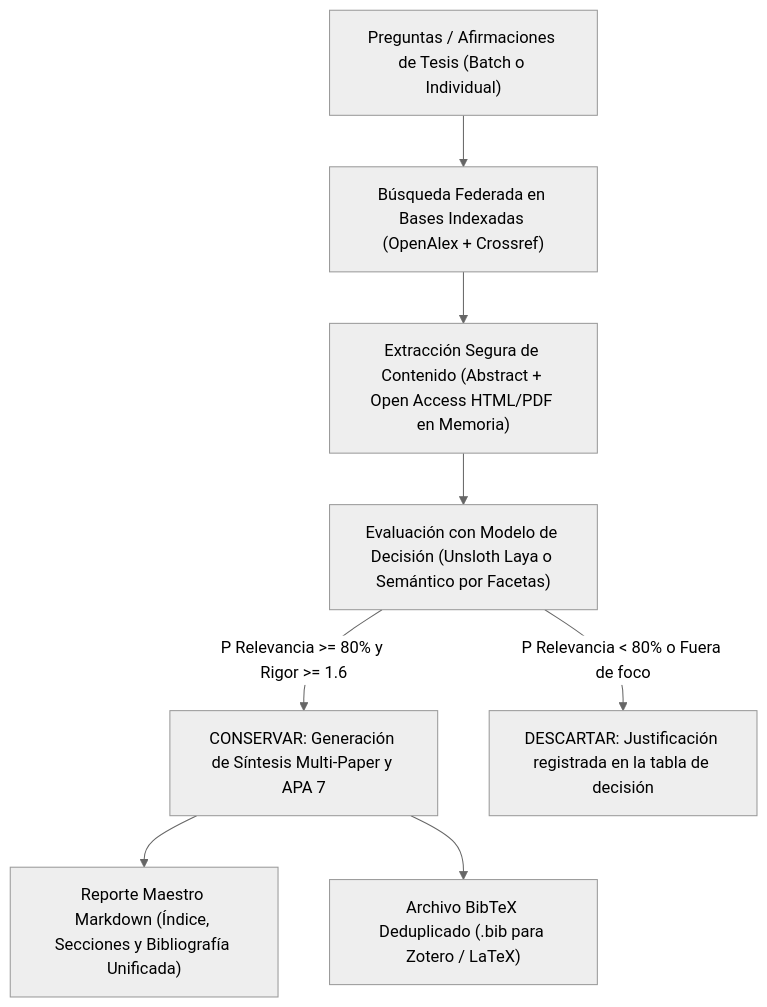
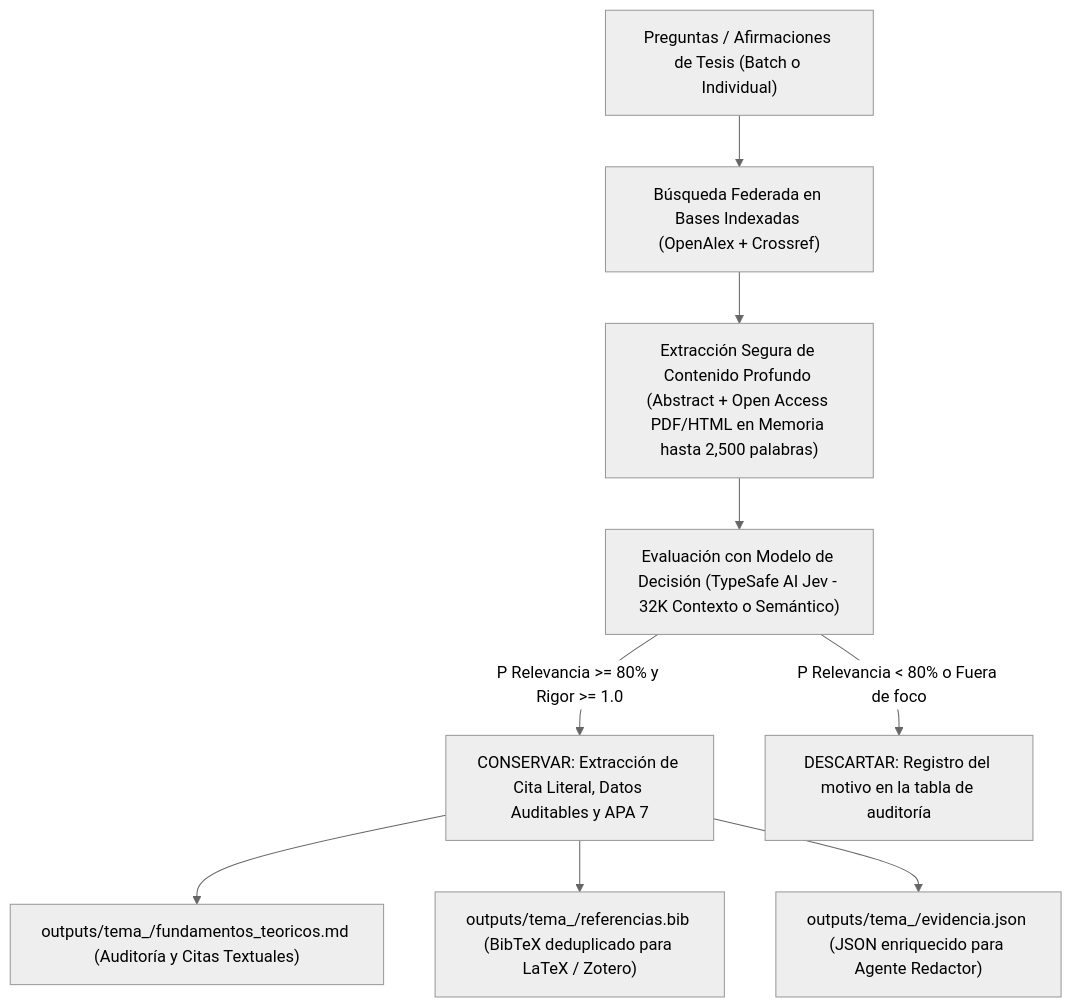
The diagram in README.md (jhangmez/codigo_para_buscar_papers_sobre_tema_en_especifico), drawn with Mermaid (neutral theme) before and after one commit. The commit also changed other lines of this file and 15 other files, not shown here.

Commit message:
feat: integrar modelo de decision TypeSafe AI Jev con ventana de contexto de 32K

````diff
--- a/README.md
+++ b/README.md
@@ -28,10 +28,11 @@
 ```mermaid
 flowchart TD
     A["Preguntas / Afirmaciones de Tesis (Batch o Individual)"] --> B["Búsqueda Federada en Bases Indexadas (OpenAlex + Crossref)"]
-    B --> C["Extracción Segura de Contenido (Abstract + Open Access HTML/PDF en Memoria)"]
-    C --> D["Evaluación con Modelo de Decisión (Unsloth Laya o Semántico por Facetas)"]
-    D -->|P Relevancia >= 80% y Rigor >= 1.6| E["CONSERVAR: Generación de Síntesis Multi-Paper y APA 7"]
-    D -->|P Relevancia < 80% o Fuera de foco| F["DESCARTAR: Justificación registrada en la tabla de decisión"]
-    E --> G["Reporte Maestro Markdown (Índice, Secciones y Bibliografía Unificada)"]
-    E --> H["Archivo BibTeX Deduplicado (.bib para Zotero / LaTeX)"]
+    B --> C["Extracción Segura de Contenido Profundo (Abstract + Open Access PDF/HTML en Memoria hasta 2,500 palabras)"]
+    C --> D["Evaluación con Modelo de Decisión (TypeSafe AI Jev - 32K Contexto o Semántico)"]
+    D -->|P Relevancia >= 80% y Rigor >= 1.0| E["CONSERVAR: Extracción de Cita Literal, Datos Auditables y APA 7"]
+    D -->|P Relevancia < 80% o Fuera de foco| F["DESCARTAR: Registro del motivo en la tabla de auditoría"]
+    E --> G["outputs/tema_<slug>/fundamentos_teoricos.md (Auditoría y Citas Textuales)"]
+    E --> H["outputs/tema_<slug>/referencias.bib (BibTeX deduplicado para LaTeX / Zotero)"]
+    E --> I["outputs/tema_<slug>/evidencia.json (JSON enriquecido para Agente Redactor)"]
 ```
````
